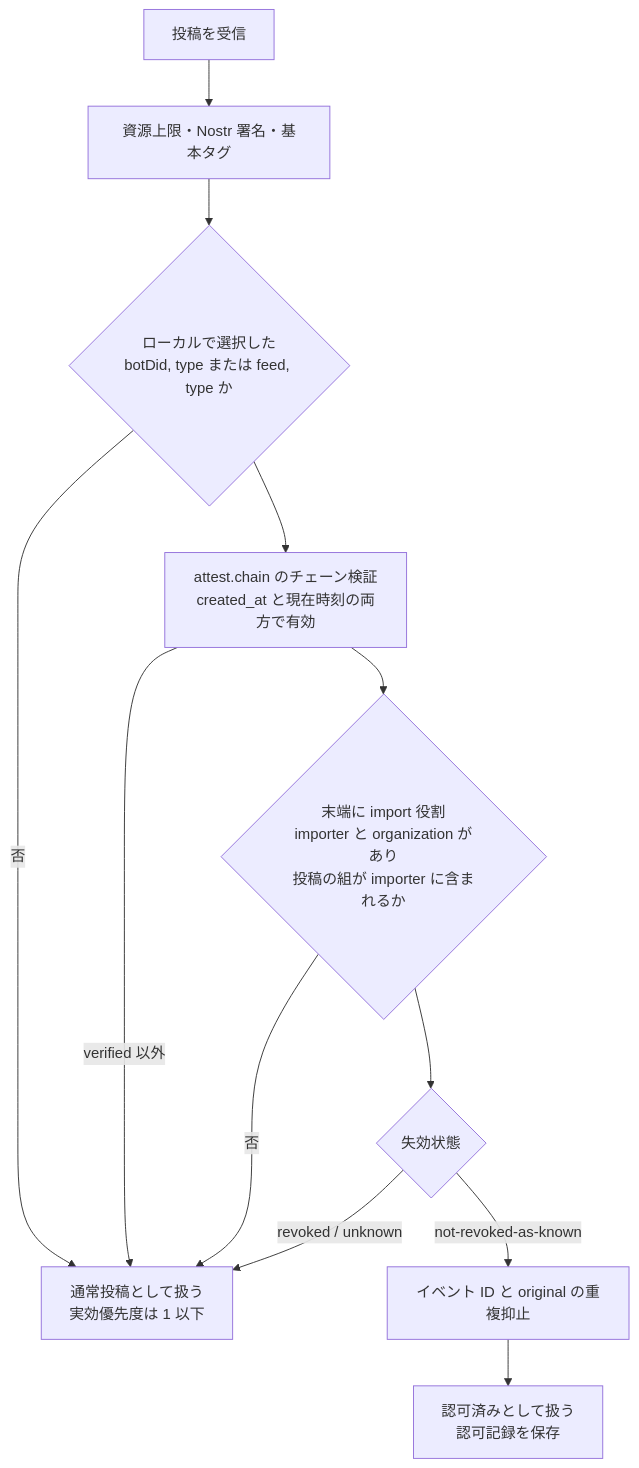
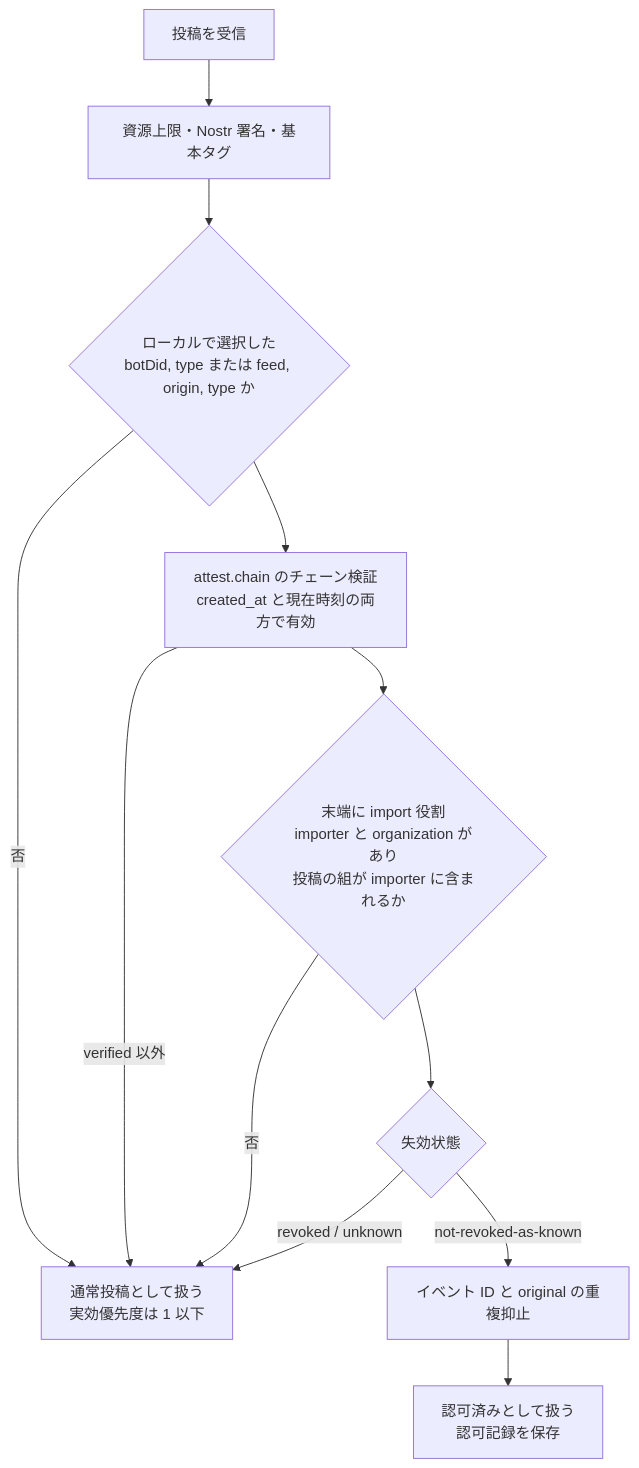
Before and after one commit to jphacks/sd_2607: the second of 2 diagrams in protocol/mosimo/attest/importer/README.md, drawn with Mermaid. The commit also changed other lines of this file and 4 other files, not shown here.

````diff
--- a/protocol/mosimo/attest/importer/README.md
+++ b/protocol/mosimo/attest/importer/README.md
@@ -95,14 +124,14 @@
 ```mermaid
 flowchart TD
   e[投稿を受信] --> lim[資源上限・Nostr 署名・基本タグ]
-  lim --> sel{ローカルで選択した<br/>botDid, type または feed, type か}
+  lim --> sel{ローカルで選択した<br/>botDid, type または feed, origin, type か}
   sel -->|否| no[通常投稿として扱う<br/>実効優先度は 1 以下]
   sel --> ch[attest.chain のチェーン検証<br/>created_at と現在時刻の両方で有効]
   ch -->|verified 以外| no
   ch --> role{末端に import 役割<br/>importer と organization があり<br/>投稿の組が importer に含まれるか}
   role -->|否| no
   role --> rev{失効状態}
   rev -->|revoked / unknown| no
   rev -->|not-revoked-as-known| dedup[イベント ID と original の重複抑止]
   dedup --> go[認可済みとして扱う<br/>認可記録を保存]
 ```
````
